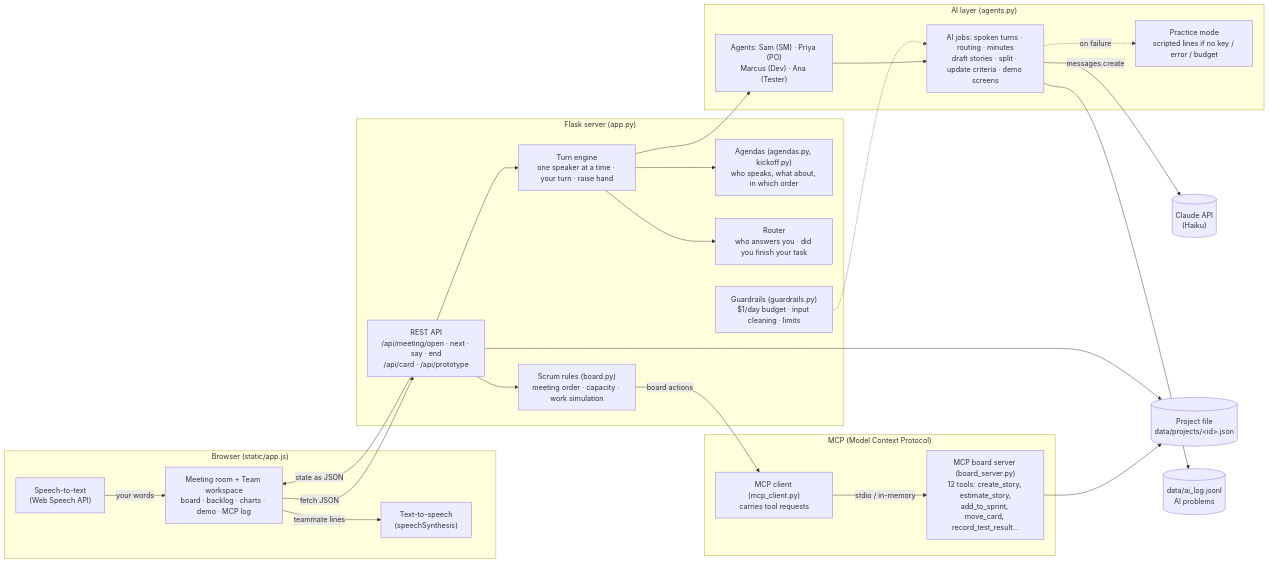
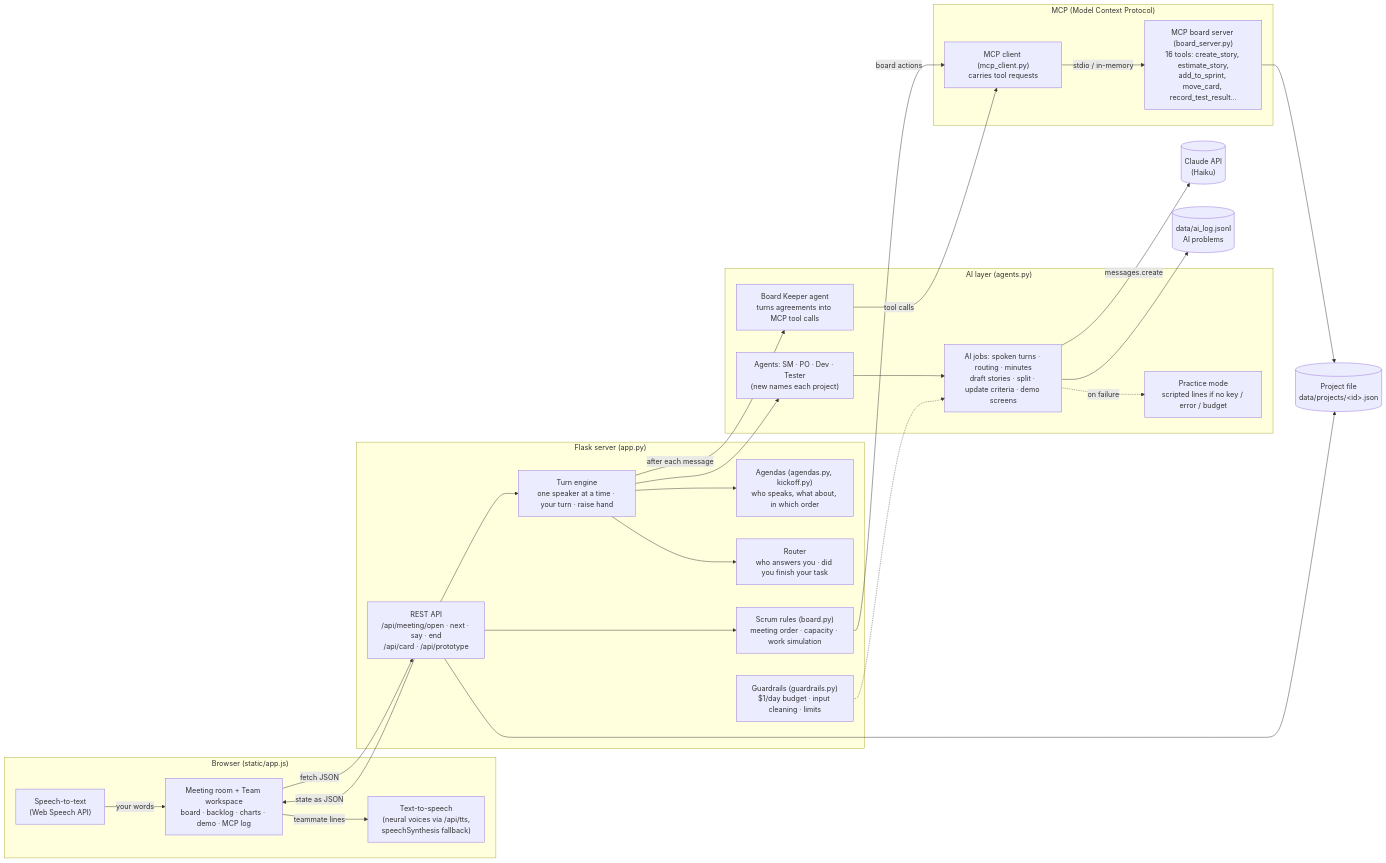
Before and after one commit to Vudum/aiscrum: the first of 2 diagrams in architecture.md, drawn with Mermaid. The commit also changed other lines of this file and 2 other files, not shown here.

Commit message:
Short README for readers, add CONTRIBUTING, update architecture

````diff
--- a/architecture.md
+++ b/architecture.md
@@ -9,52 +9,55 @@
 ```mermaid
 flowchart LR
     subgraph Browser["Browser (static/app.js)"]
         UI["Meeting room + Team workspace<br/>board · backlog · charts · demo · MCP log"]
         STT["Speech-to-text<br/>(Web Speech API)"]
-        TTS["Text-to-speech<br/>(speechSynthesis)"]
+        TTS["Text-to-speech<br/>(neural voices via /api/tts,<br/>speechSynthesis fallback)"]
     end
 
     subgraph Server["Flask server (app.py)"]
         API["REST API<br/>/api/meeting/open · next · say · end<br/>/api/card · /api/prototype"]
         ENGINE["Turn engine<br/>one speaker at a time · your turn · raise hand"]
         AGENDA["Agendas (agendas.py, kickoff.py)<br/>who speaks, what about, in which order"]
         ROUTER["Router<br/>who answers you · did you finish your task"]
         RULES["Scrum rules (board.py)<br/>meeting order · capacity · work simulation"]
         GUARD["Guardrails (guardrails.py)<br/>$1/day budget · input cleaning · limits"]
     end
 
     subgraph AI["AI layer (agents.py)"]
-        PERSONAS["Agents: Sam (SM) · Priya (PO)<br/>Marcus (Dev) · Ana (Tester)"]
+        PERSONAS["Agents: SM · PO · Dev · Tester<br/>(new names each project)"]
+        KEEPER["Board Keeper agent<br/>turns agreements into MCP tool calls"]
         TASKS["AI jobs: spoken turns · routing · minutes<br/>draft stories · split · update criteria · demo screens"]
         FALLBACK["Practice mode<br/>scripted lines if no key / error / budget"]
     end
 
     CLAUDE[("Claude API<br/>(Haiku)")]
 
     subgraph MCP["MCP (Model Context Protocol)"]
         CLIENT["MCP client (mcp_client.py)<br/>carries tool requests"]
-        SERVER["MCP board server (board_server.py)<br/>12 tools: create_story, estimate_story,<br/>add_to_sprint, move_card, record_test_result..."]
+        SERVER["MCP board server (board_server.py)<br/>16 tools: create_story, estimate_story,<br/>add_to_sprint, move_card, record_test_result..."]
     end
 
     STORE[("Project file<br/>data/projects/&lt;id&gt;.json")]
     LOG[("data/ai_log.jsonl<br/>AI problems")]
 
     STT -->|your words| UI
     UI -->|fetch JSON| API
     API --> ENGINE
     ENGINE --> AGENDA
     ENGINE --> ROUTER
     ENGINE --> PERSONAS
     PERSONAS --> TASKS
     TASKS -->|messages.create| CLAUDE
     TASKS -.->|on failure| FALLBACK
     TASKS --> LOG
     GUARD -.-> TASKS
     API --> RULES
     RULES -->|board actions| CLIENT
+    ENGINE -->|after each message| KEEPER
+    KEEPER -->|tool calls| CLIENT
     CLIENT -->|"stdio / in-memory"| SERVER
     SERVER --> STORE
     API --> STORE
     API -->|state as JSON| UI
     UI -->|teammate lines| TTS
 ```
````
